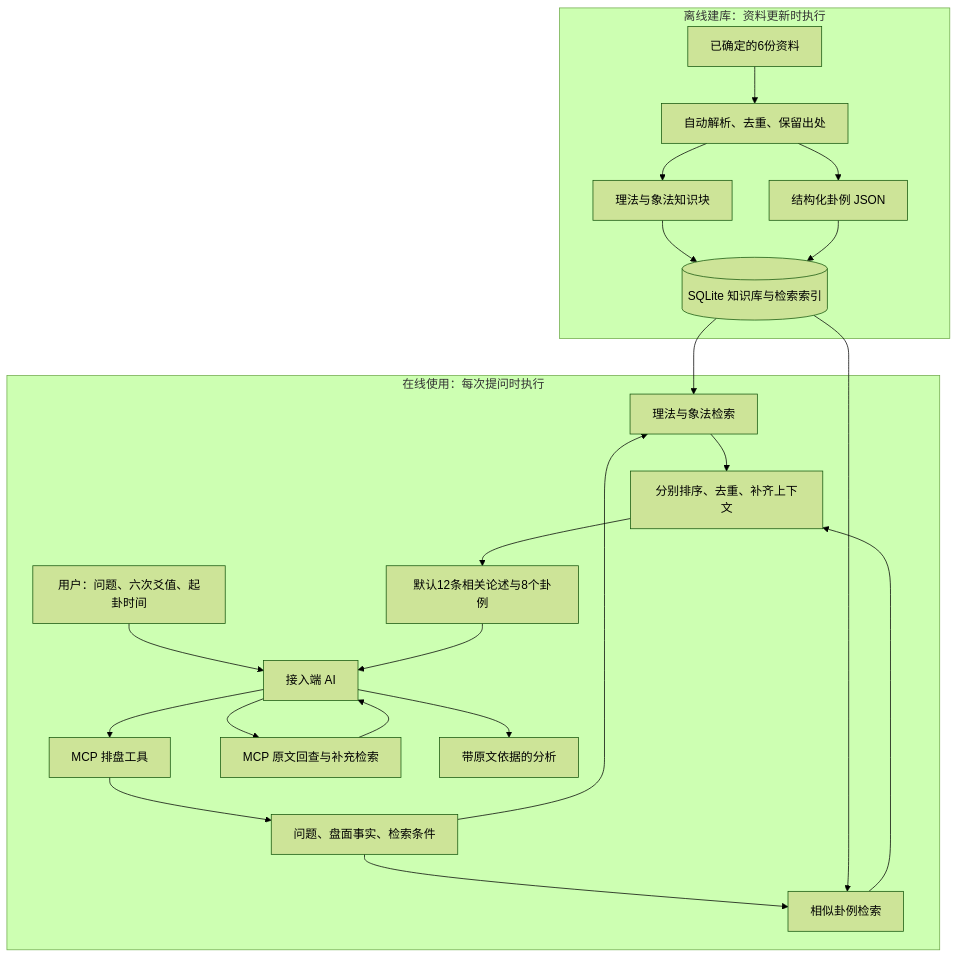
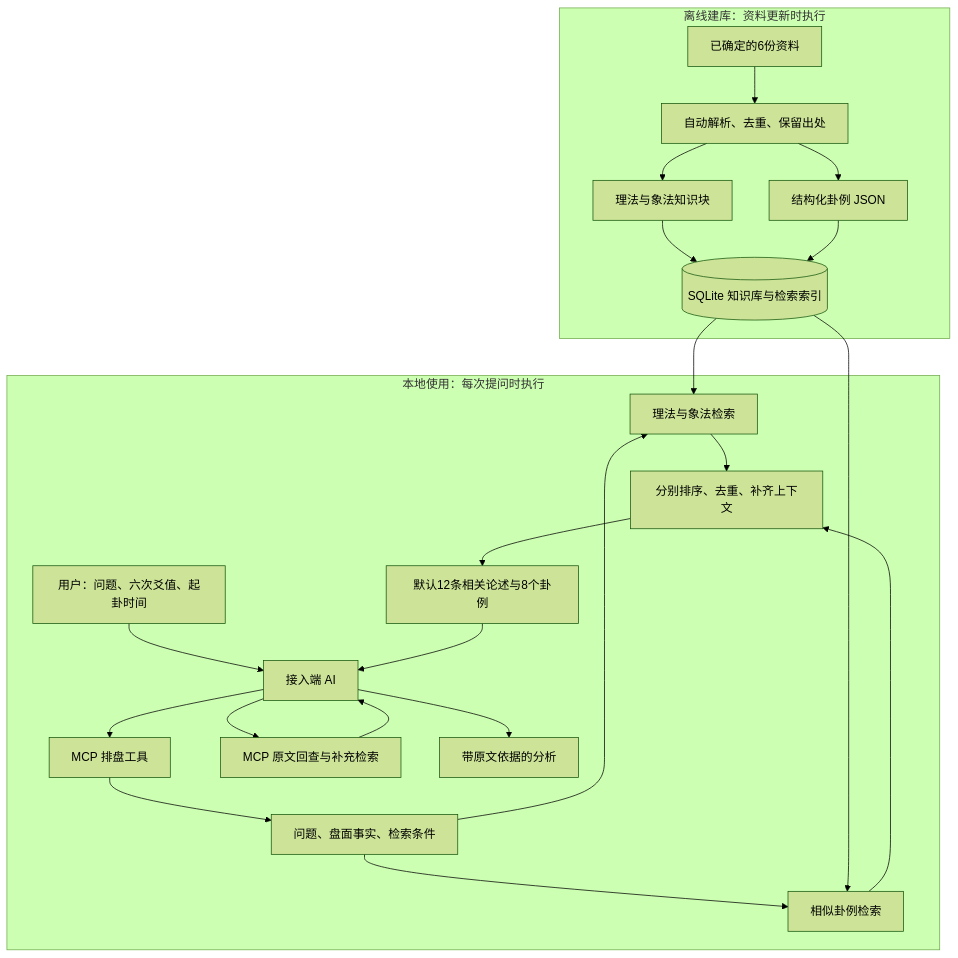
One commit to zhishengyk/liuyao changed the diagram in docs/六爻MCP落地方案.md. Above: the diagram before and after it, drawn with Mermaid (forest theme). The commit also changed other lines of this file and 36 other files, not shown here.

Commit message:
feat: publish Codex plugin and comparison charts in v0.3.0

````diff
--- a/docs/六爻MCP落地方案.md
+++ b/docs/六爻MCP落地方案.md
@@ -23,26 +33,26 @@
 ```mermaid
 flowchart TD
     subgraph Build[离线建库：资料更新时执行]
         B0[已确定的6份资料] --> B1[自动解析、去重、保留出处]
         B1 --> B2[理法与象法知识块]
         B1 --> B3[结构化卦例 JSON]
         B2 --> K[(SQLite 知识库与检索索引)]
         B3 --> K
     end
-    subgraph Runtime[在线使用：每次提问时执行]
+    subgraph Runtime[本地使用：每次提问时执行]
         U[用户：问题、六次爻值、起卦时间] --> A[接入端 AI]
         A --> P[MCP 排盘工具]
         P --> Q[问题、盘面事实、检索条件]
         Q --> R[理法与象法检索]
         Q --> C[相似卦例检索]
         K --> R
         K --> C
         R --> E[分别排序、去重、补齐上下文]
         C --> E
         E --> F[默认12条相关论述与8个卦例]
         F --> A
         A --> S[MCP 原文回查与补充检索]
         S --> A
         A --> O[带原文依据的分析]
     end
 ```
````
